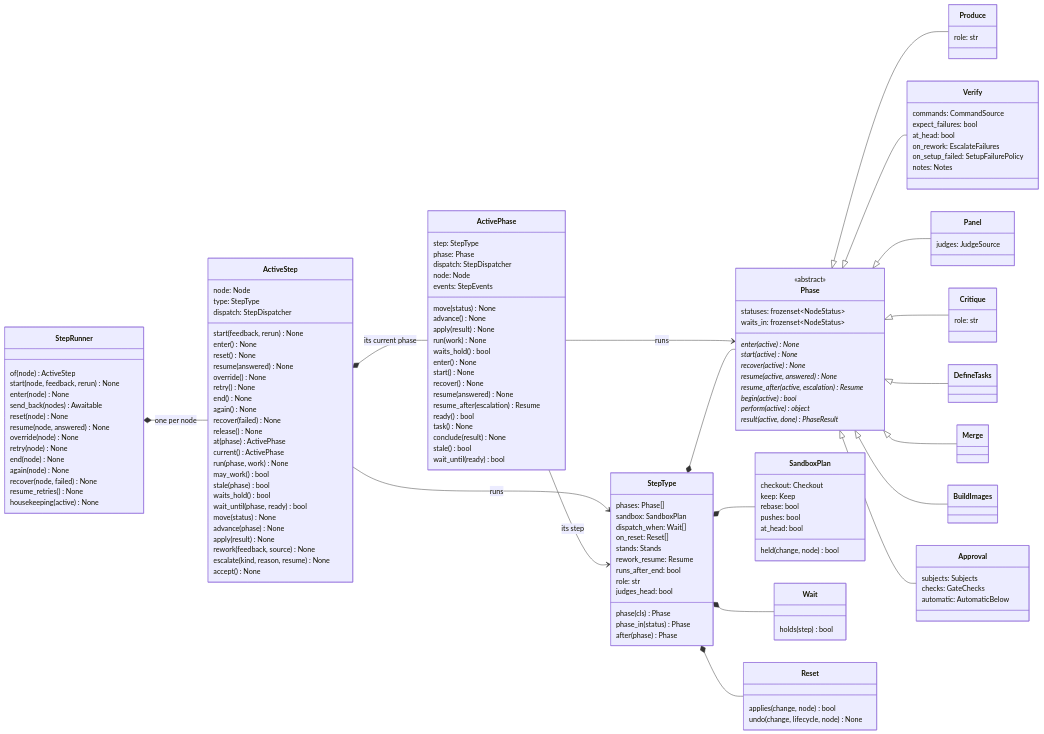
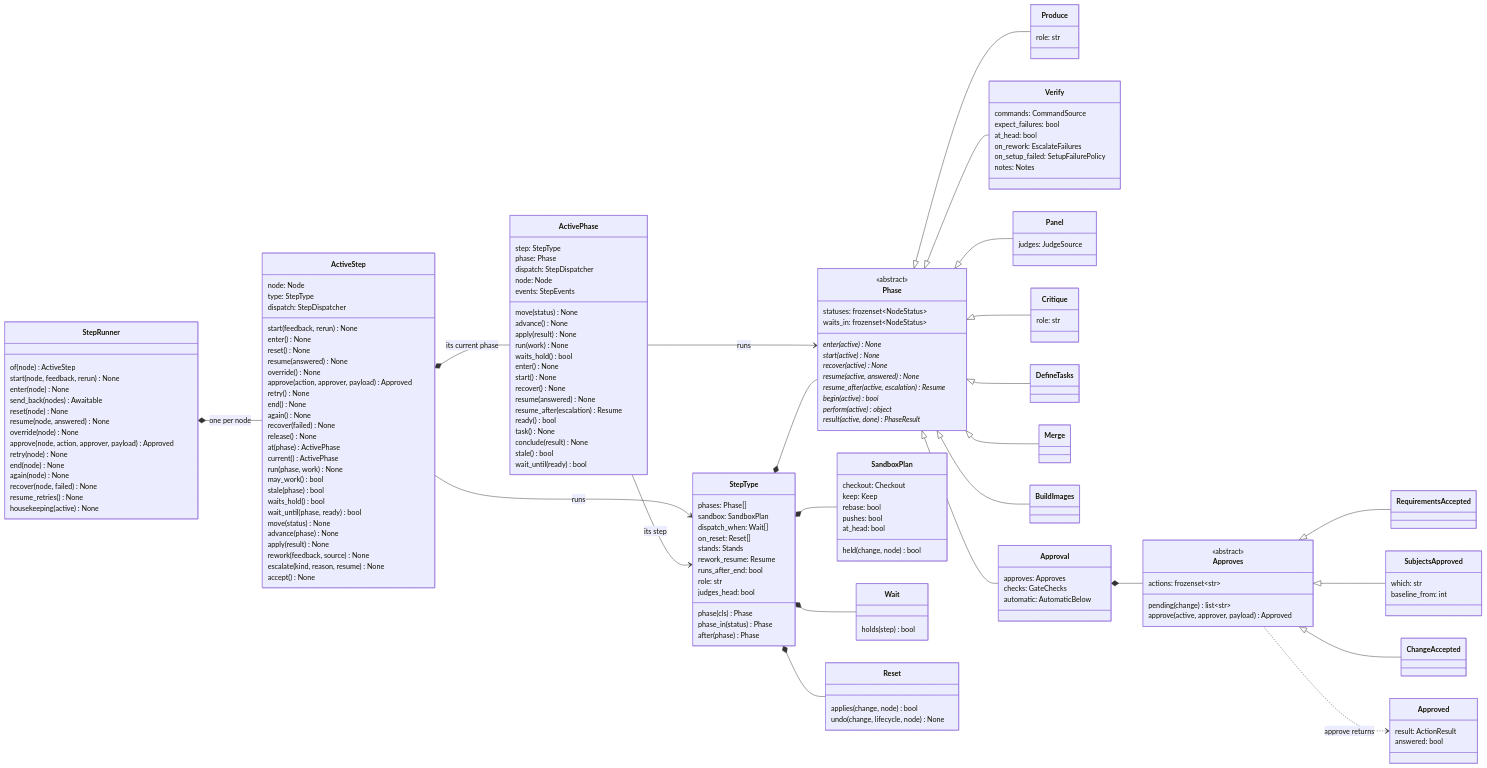
Before and after one commit to mr-miles/orchestrator: the fourth of 6 diagrams in docs/architecture.md, drawn with Mermaid. The commit also changed other lines of this file and 12 other files, not shown here.

First line of the commit message:
What approving a gate records is its step's: Approval.approves

````diff
--- a/docs/architecture.md
+++ b/docs/architecture.md
@@ -380,6 +381,7 @@
         reset(node) None
         resume(node, answered) None
         override(node) None
+        approve(node, action, approver, payload) Approved
         retry(node) None
         end(node) None
         again(node) None
@@ -396,6 +398,7 @@
         reset() None
         resume(answered) None
         override() None
+        approve(action, approver, payload) Approved
         retry() None
         end() None
         again() None
@@ -471,9 +474,25 @@
     class Merge
     class BuildImages
     class Approval {
-        subjects: Subjects
+        approves: Approves
         checks: GateChecks
         automatic: AutomaticBelow
+    }
+    class Approves {
+        <<abstract>>
+        actions: frozenset~str~
+        pending(change) list~str~
+        approve(active, approver, payload) Approved
+    }
+    class RequirementsAccepted
+    class SubjectsApproved {
+        which: str
+        baseline_from: int
+    }
+    class ChangeAccepted
+    class Approved {
+        result: ActionResult
+        answered: bool
     }
     class SandboxPlan {
         checkout: Checkout
@@ -508,4 +527,9 @@
     Phase <|-- Merge
     Phase <|-- BuildImages
     Phase <|-- Approval
+    Approval *-- Approves
+    Approves <|-- RequirementsAccepted
+    Approves <|-- SubjectsApproved
+    Approves <|-- ChangeAccepted
+    Approves ..> Approved : approve returns
 ```
````
